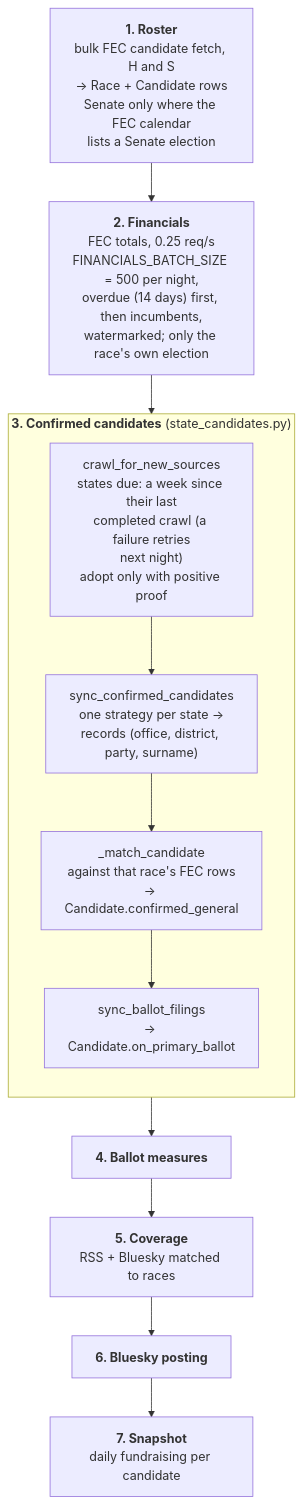
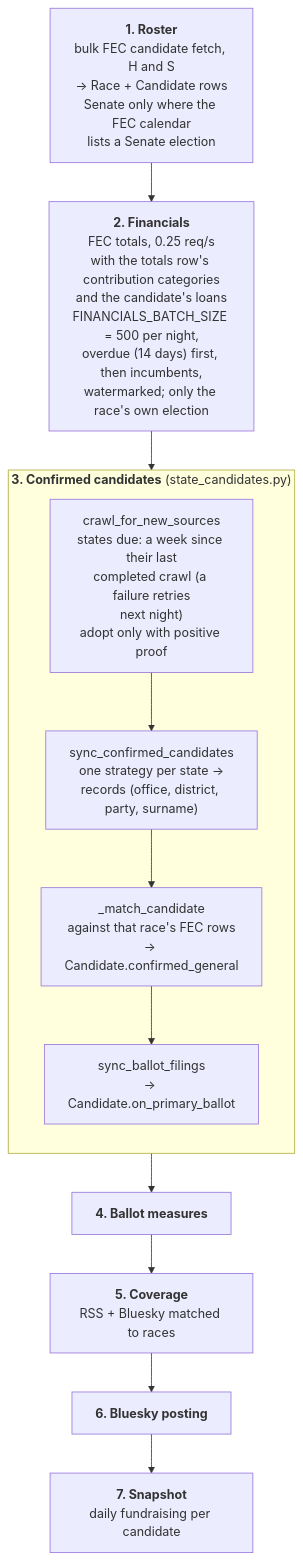
One commit to kamoras/civitas changed the second of 4 diagrams in docs/diagrams/10-elections.md. Above: the diagram before and after it, drawn with Mermaid. The commit also changed 22 other files, not shown here.

````diff
--- a/docs/diagrams/10-elections.md
+++ b/docs/diagrams/10-elections.md
@@ -46,16 +46,16 @@
 ```mermaid
 flowchart TB
     ROSTER["<b>1. Roster</b><br/>bulk FEC candidate fetch, H and S<br/>→ Race + Candidate rows<br/>Senate only where the FEC calendar<br/>lists a Senate election"]
-    ROSTER --> FIN["<b>2. Financials</b><br/>FEC totals, 0.25 req/s<br/>FINANCIALS_BATCH_SIZE = 500 per night,<br/>overdue (14 days) first, then incumbents,<br/>watermarked; only the race's own election"]
+    ROSTER --> FIN["<b>2. Financials</b><br/>FEC totals, 0.25 req/s<br/>with the totals row's contribution categories<br/>and the candidate's loans<br/>FINANCIALS_BATCH_SIZE = 500 per night,<br/>overdue (14 days) first, then incumbents,<br/>watermarked; only the race's own election"]
     FIN --> CONF
     subgraph CONF["<b>3. Confirmed candidates</b> (state_candidates.py)"]
         direction TB
         CRAWL["crawl_for_new_sources<br/>states due: a week since their last<br/>completed crawl (a failure retries<br/>next night)<br/>adopt only with positive proof"] --> SYNC["sync_confirmed_candidates<br/>one strategy per state →<br/>records (office, district, party, surname)"]
         SYNC --> MATCH["_match_candidate<br/>against that race's FEC rows<br/>→ Candidate.confirmed_general"]
         MATCH --> FILINGS["sync_ballot_filings<br/>→ Candidate.on_primary_ballot"]
     end
     CONF --> MEAS["<b>4. Ballot measures</b>"]
     MEAS --> COVI["<b>5. Coverage</b><br/>RSS + Bluesky matched to races"]
     COVI --> POST["<b>6. Bluesky posting</b>"]
     POST --> SNAP["<b>7. Snapshot</b><br/>daily fundraising per candidate"]
 ```
````
